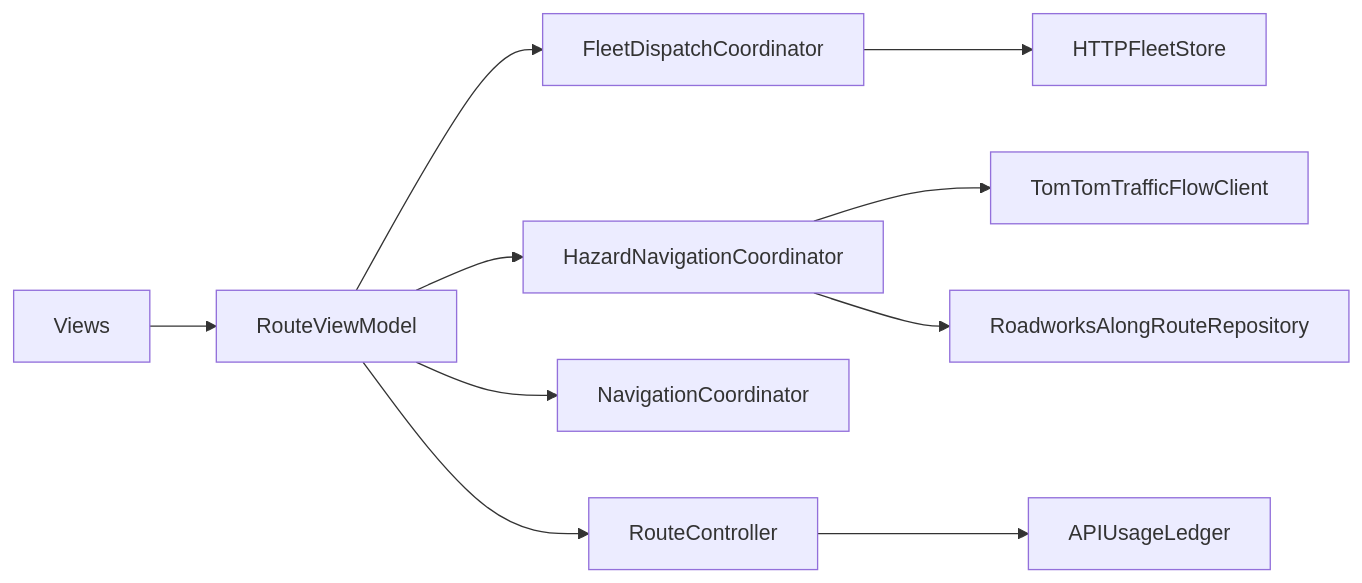
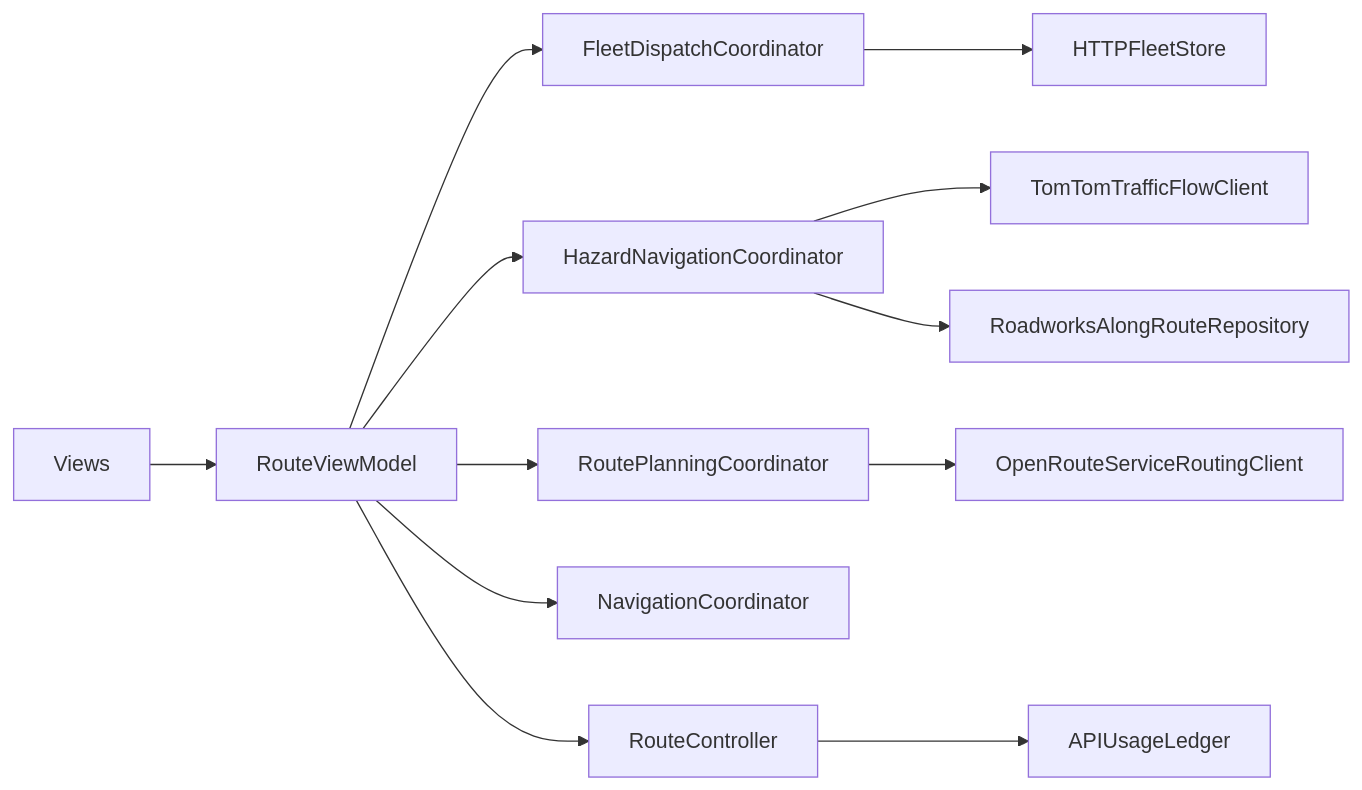
Before and after one commit to thesnjk/RouteFinder: the second of 2 diagrams in Docs/architecture.md, drawn with Mermaid. The commit also changed other lines of this file and 4 other files, not shown here.

Commit message:
Extract route planning coordinator from RouteViewModel.

````diff
--- a/Docs/architecture.md
+++ b/Docs/architecture.md
@@ -49,12 +50,14 @@
 ```mermaid
 flowchart LR
     Views --> RouteViewModel
     RouteViewModel --> FleetDispatchCoordinator
     RouteViewModel --> HazardNavigationCoordinator
+    RouteViewModel --> RoutePlanningCoordinator
     RouteViewModel --> NavigationCoordinator
     FleetDispatchCoordinator --> HTTPFleetStore
     HazardNavigationCoordinator --> TomTomTrafficFlowClient
     HazardNavigationCoordinator --> RoadworksAlongRouteRepository
+    RoutePlanningCoordinator --> OpenRouteServiceRoutingClient
     RouteViewModel --> RouteController
     RouteController --> APIUsageLedger
 ```
````
